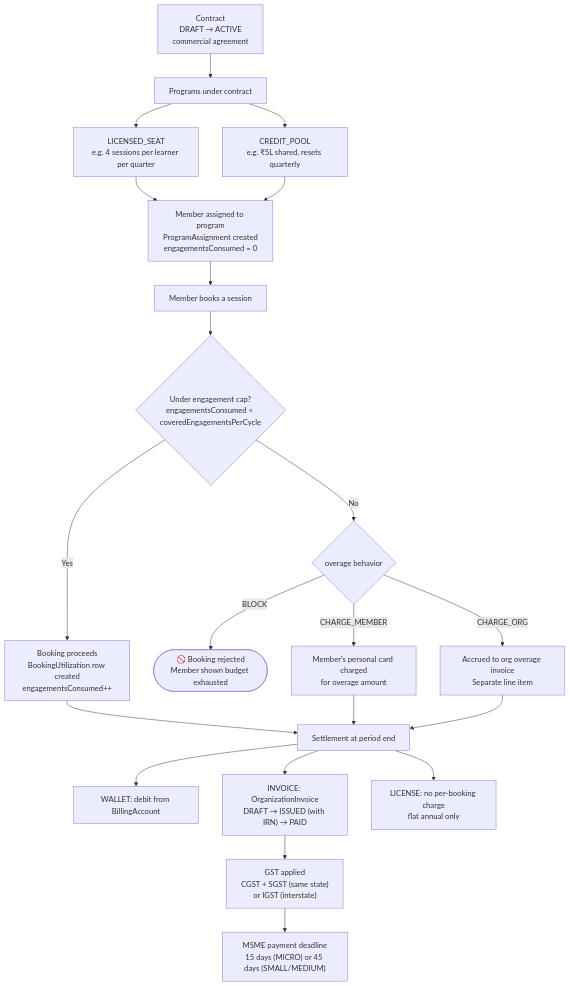
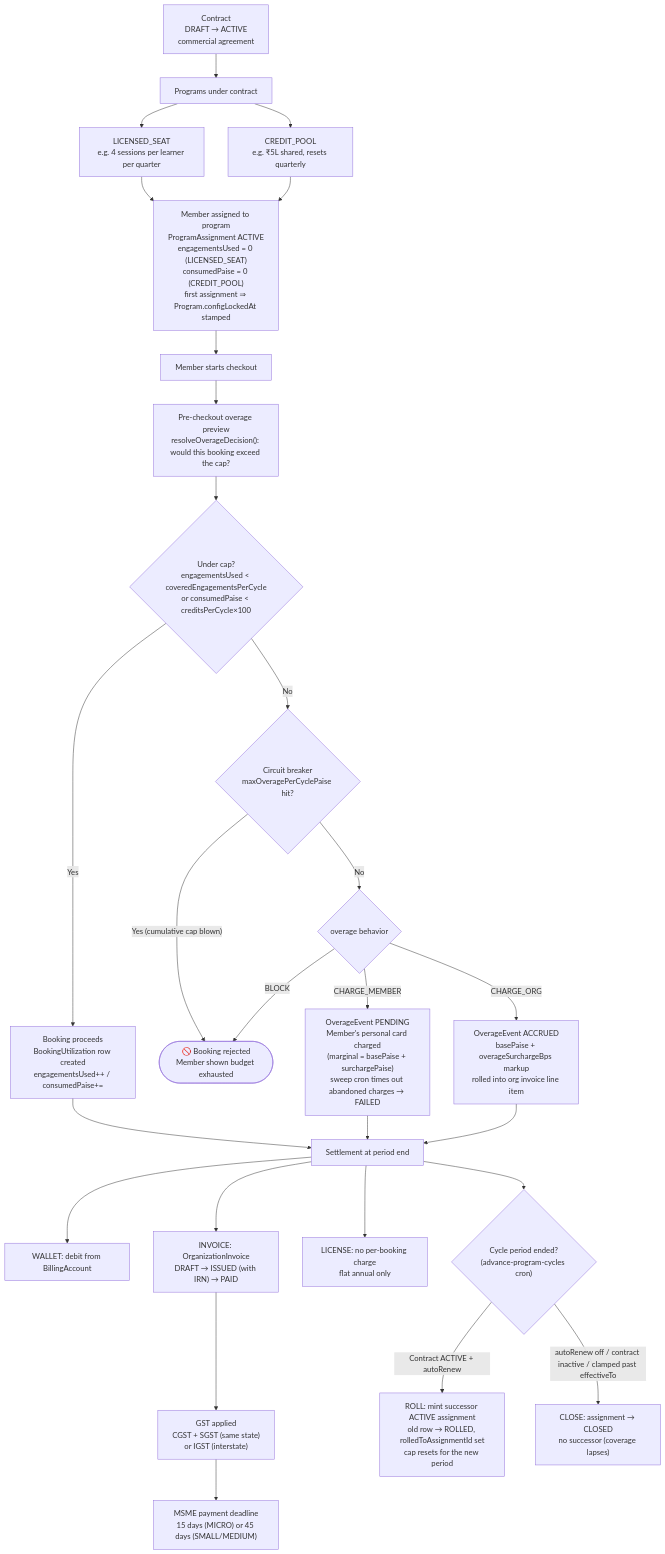
Diagram 15 of 19 in PRODUCT_FLOW_MAP.md (Practitionist/familiarise_web), drawn with Mermaid before and after one commit. The commit also changed other lines of this file and 46 other files, not shown here.

````diff
--- a/PRODUCT_FLOW_MAP.md
+++ b/PRODUCT_FLOW_MAP.md
@@ -427,30 +427,37 @@
 ```mermaid
 flowchart TD
     Contract["Contract\nDRAFT → ACTIVE\ncommercial agreement"] --> Programs["Programs under contract"]
     Programs --> LSeat["LICENSED_SEAT\ne.g. 4 sessions per learner per quarter"]
     Programs --> CPool["CREDIT_POOL\ne.g. ₹5L shared, resets quarterly"]
 
-    LSeat --> Assign["Member assigned to program\nProgramAssignment created\nengagementsConsumed = 0"]
+    LSeat --> Assign["Member assigned to program\nProgramAssignment ACTIVE\nengagementsUsed = 0 (LICENSED_SEAT)\nconsumedPaise = 0 (CREDIT_POOL)\nfirst assignment ⇒ Program.configLockedAt stamped"]
     CPool --> Assign
 
-    Assign --> MemberBooks["Member books a session"]
-    MemberBooks --> CapCheck{"Under engagement cap?\nengagementsConsumed < coveredEngagementsPerCycle"}
+    Assign --> MemberBooks["Member starts checkout"]
+    MemberBooks --> Preview["Pre-checkout overage preview\nresolveOverageDecision(): would this booking exceed the cap?"]
+    Preview --> CapCheck{"Under cap?\nengagementsUsed < coveredEngagementsPerCycle\nor consumedPaise < creditsPerCycle×100"}
 
-    CapCheck -- Yes --> Allowed["Booking proceeds\nBookingUtilization row created\nengagementsConsumed++"]
-    CapCheck -- No --> OverageBehavior{overage behavior}
+    CapCheck -- Yes --> Allowed["Booking proceeds\nBookingUtilization row created\nengagementsUsed++ / consumedPaise+="]
+    CapCheck -- No --> Breaker{"Circuit breaker\nmaxOveragePerCyclePaise hit?"}
+    Breaker -- "Yes (cumulative cap blown)" --> Blocked
+    Breaker -- No --> OverageBehavior{overage behavior}
 
     OverageBehavior -- BLOCK --> Blocked(["🚫 Booking rejected\nMember shown budget exhausted"])
-    OverageBehavior -- CHARGE_MEMBER --> MemberCard["Member's personal card charged\nfor overage amount"]
-    OverageBehavior -- CHARGE_ORG --> OrgOverage["Accrued to org overage invoice\nSeparate line item"]
+    OverageBehavior -- CHARGE_MEMBER --> MemberCard["OverageEvent PENDING\nMember's personal card charged\n(marginal = basePaise + surchargePaise)\nsweep cron times out abandoned charges → FAILED"]
+    OverageBehavior -- CHARGE_ORG --> OrgOverage["OverageEvent ACCRUED\nbasePaise + overageSurchargeBps markup\nrolled into org invoice line item"]
 
     Allowed --> Settlement["Settlement at period end"]
     MemberCard --> Settlement
     OrgOverage --> Settlement
 
     Settlement --> WalletSettle["WALLET: debit from BillingAccount"]
     Settlement --> InvoiceSettle["INVOICE: OrganizationInvoice\nDRAFT → ISSUED (with IRN) → PAID"]
     Settlement --> LicenseSettle["LICENSE: no per-booking charge\nflat annual only"]
 
     InvoiceSettle --> GST["GST applied\nCGST + SGST (same state)\nor IGST (interstate)"]
     GST --> MSME["MSME payment deadline\n15 days (MICRO) or 45 days (SMALL/MEDIUM)"]
+
+    Settlement --> CycleEnd{"Cycle period ended?\n(advance-program-cycles cron)"}
+    CycleEnd -- "Contract ACTIVE + autoRenew" --> Roll["ROLL: mint successor ACTIVE assignment\nold row → ROLLED, rolledToAssignmentId set\ncap resets for the new period"]
+    CycleEnd -- "autoRenew off / contract inactive / clamped past effectiveTo" --> Close["CLOSE: assignment → CLOSED\nno successor (coverage lapses)"]
 ```
````
